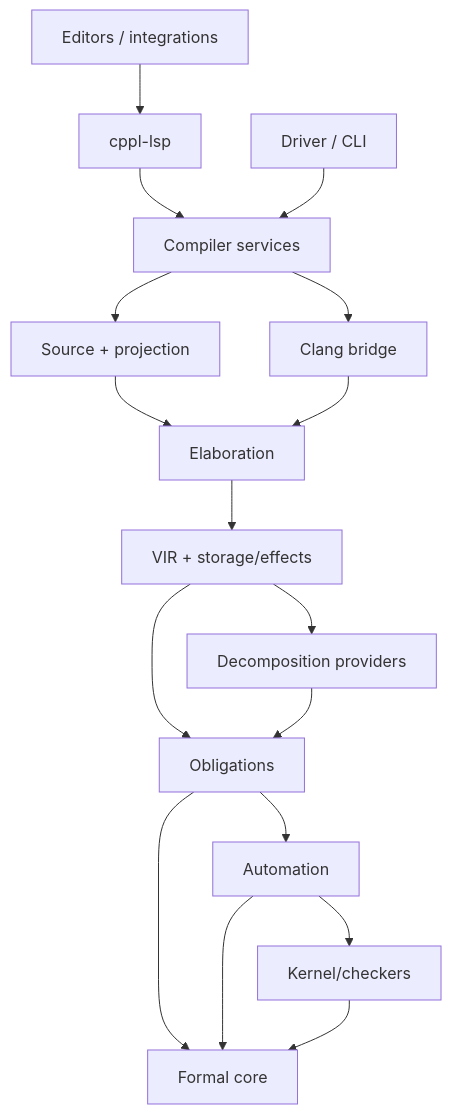
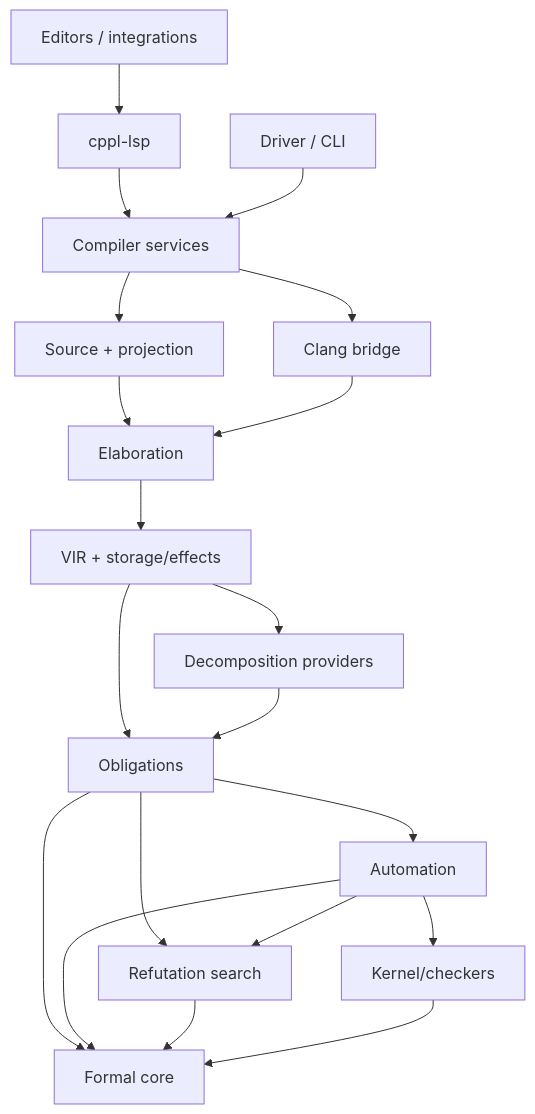
One commit to MattCCC/cppl changed the sixth of 6 diagrams in docs/ARCHITECTURE.md. Above: the diagram before and after it, drawn with Mermaid. The commit also changed other lines of this file and 61 other files, not shown here.

````diff
--- a/docs/ARCHITECTURE.md
+++ b/docs/ARCHITECTURE.md
@@ -3033,33 +3043,37 @@
 ```mermaid
 flowchart TD
     EDIT["Editors / integrations"]
     LSP["cppl-lsp"]
     CLI["Driver / CLI"]
     SERVICES["Compiler services"]
     SOURCE["Source + projection"]
     CLANG["Clang bridge"]
     ELAB["Elaboration"]
     VIR["VIR + storage/effects"]
     DECOMP["Decomposition providers"]
     OBL["Obligations"]
     AUTO["Automation"]
+    REFUTE["Refutation search"]
     CORE["Formal core"]
     KERNEL["Kernel/checkers"]
 
     EDIT --> LSP
     LSP --> SERVICES
     CLI --> SERVICES
     SERVICES --> SOURCE
     SERVICES --> CLANG
     SOURCE --> ELAB
     CLANG --> ELAB
     ELAB --> VIR
     VIR --> DECOMP
     VIR --> OBL
     DECOMP --> OBL
     OBL --> AUTO
     OBL --> CORE
+    OBL --> REFUTE
     AUTO --> CORE
     AUTO --> KERNEL
+    AUTO --> REFUTE
+    REFUTE --> CORE
     KERNEL --> CORE
 ```
````
